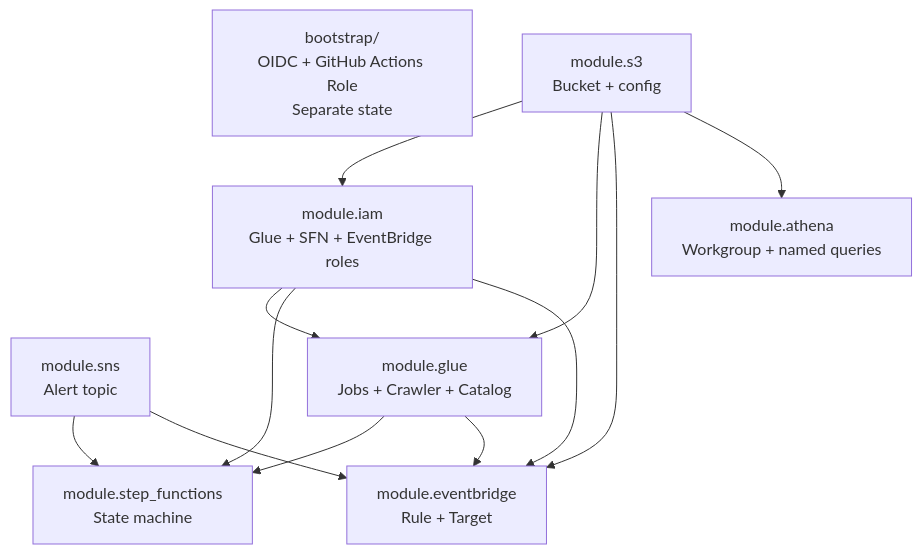
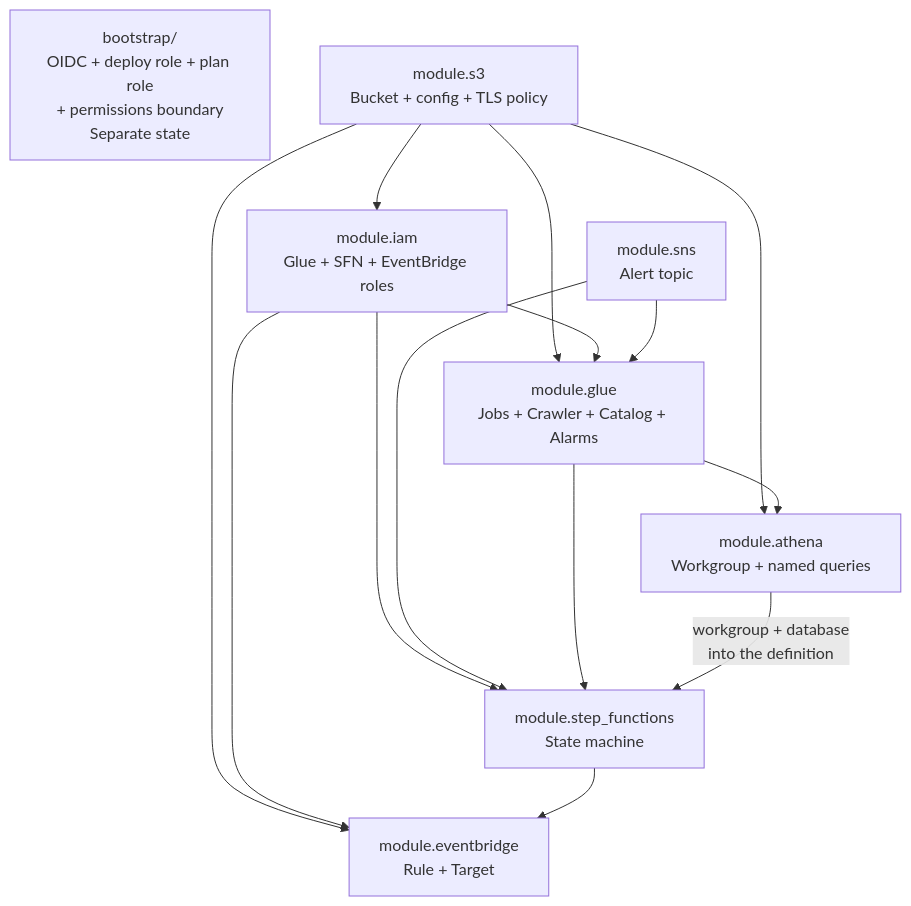
The fifth of 5 diagrams in docs/architecture-diagram.md (jill-break/Lakehouse-Architecture), drawn with Mermaid before and after one commit. The commit also changed other lines of this file and 3 other files, not shown here.

````diff
--- a/docs/architecture-diagram.md
+++ b/docs/architecture-diagram.md
@@ -214,24 +232,26 @@
 ```mermaid
 flowchart TD
-    BS["bootstrap/\nOIDC + GitHub Actions Role\nSeparate state"]
+    BS["bootstrap/\nOIDC + deploy role + plan role\n+ permissions boundary\nSeparate state"]
 
-    S3["module.s3\nBucket + config"]
+    S3["module.s3\nBucket + config + TLS policy"]
     IAM["module.iam\nGlue + SFN + EventBridge roles"]
     SNS["module.sns\nAlert topic"]
-    GLUE["module.glue\nJobs + Crawler + Catalog"]
+    GLUE["module.glue\nJobs + Crawler + Catalog + Alarms"]
+    ATHENA["module.athena\nWorkgroup + named queries"]
+    SFN["module.step_functions\nState machine"]
     EB["module.eventbridge\nRule + Target"]
-    SFN["module.step_functions\nState machine"]
-    ATHENA["module.athena\nWorkgroup + named queries"]
 
     S3 --> IAM
     S3 --> GLUE
     S3 --> EB
     S3 --> ATHENA
     IAM --> GLUE
     IAM --> SFN
     IAM --> EB
+    SNS --> GLUE
     SNS --> SFN
-    SNS --> EB
+    GLUE --> ATHENA
     GLUE --> SFN
-    GLUE --> EB
+    ATHENA -->|"workgroup + database\ninto the definition"| SFN
+    SFN --> EB
 ```
````
